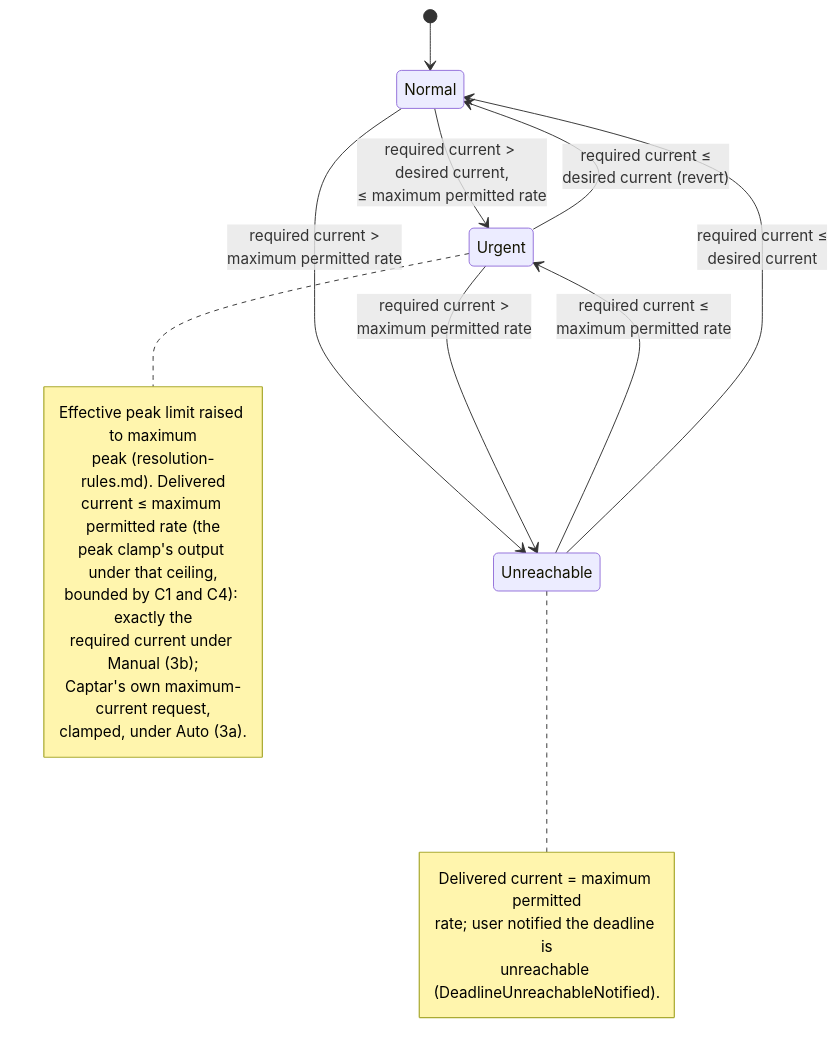
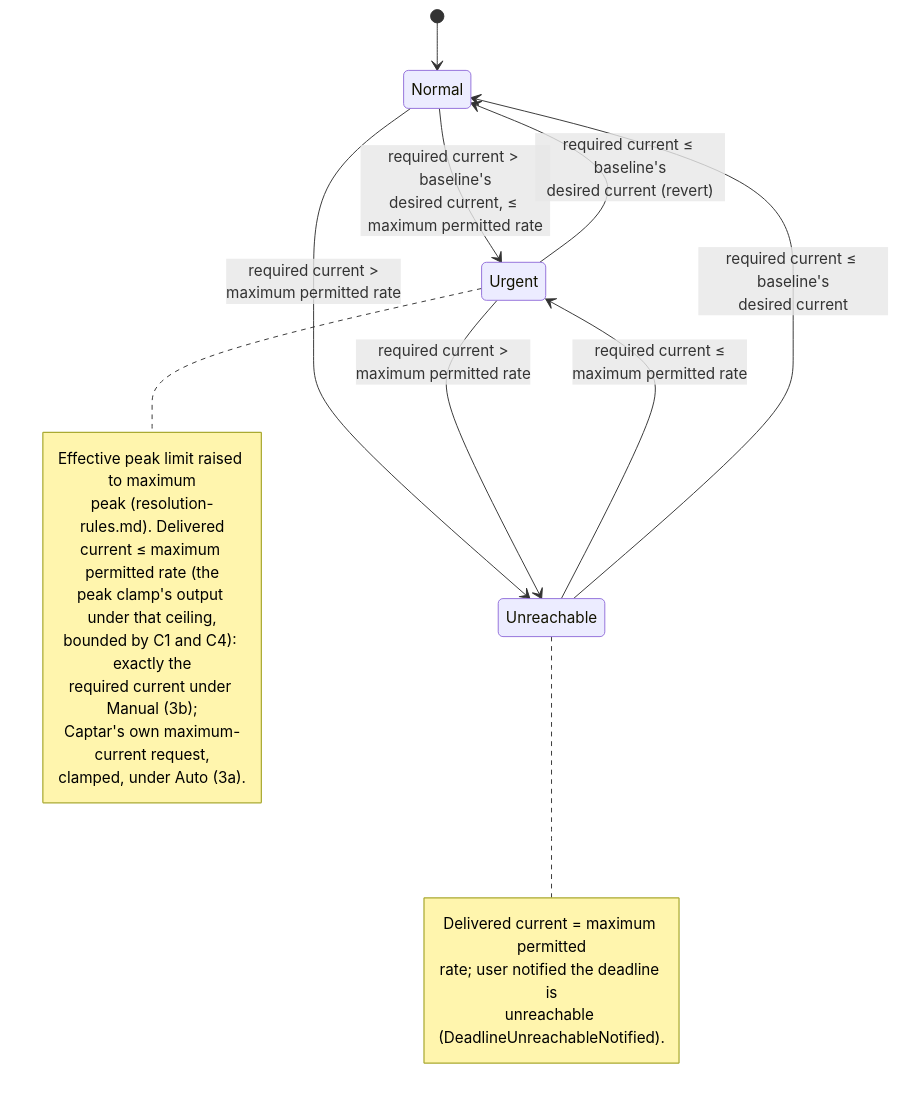
Before and after one commit to kristofdegrave/homeassistant-smart-charging: the diagram in docs/analysis/use-cases/UC05-guarantee-ready-by-departure.md, drawn with Mermaid. The commit also changed other lines of this file and 3 other files, not shown here.

````diff
--- a/docs/analysis/use-cases/UC05-guarantee-ready-by-departure.md
+++ b/docs/analysis/use-cases/UC05-guarantee-ready-by-departure.md
@@ -79,25 +79,25 @@
 ```mermaid
 stateDiagram-v2
     [*] --> Normal
-    Normal --> Urgent: required current > desired current,<br/>≤ maximum permitted rate
+    Normal --> Urgent: required current > baseline's<br/>desired current, ≤ maximum permitted rate
     Normal --> Unreachable: required current ><br/>maximum permitted rate
-    Urgent --> Normal: required current ≤<br/>desired current (revert)
+    Urgent --> Normal: required current ≤ baseline's<br/>desired current (revert)
     Urgent --> Unreachable: required current ><br/>maximum permitted rate
     Unreachable --> Urgent: required current ≤<br/>maximum permitted rate
-    Unreachable --> Normal: required current ≤<br/>desired current
+    Unreachable --> Normal: required current ≤ baseline's<br/>desired current
     note right of Urgent
         Effective peak limit raised to maximum
         peak (resolution-rules.md). Delivered
         current ≤ maximum permitted rate (the
         peak clamp's output under that ceiling,
         bounded by C1 and C4): exactly the
         required current under Manual (3b);
         Captar's own maximum-current request,
         clamped, under Auto (3a).
     end note
     note right of Unreachable
         Delivered current = maximum permitted
         rate; user notified the deadline is
         unreachable (DeadlineUnreachableNotified).
     end note
 ```
````
